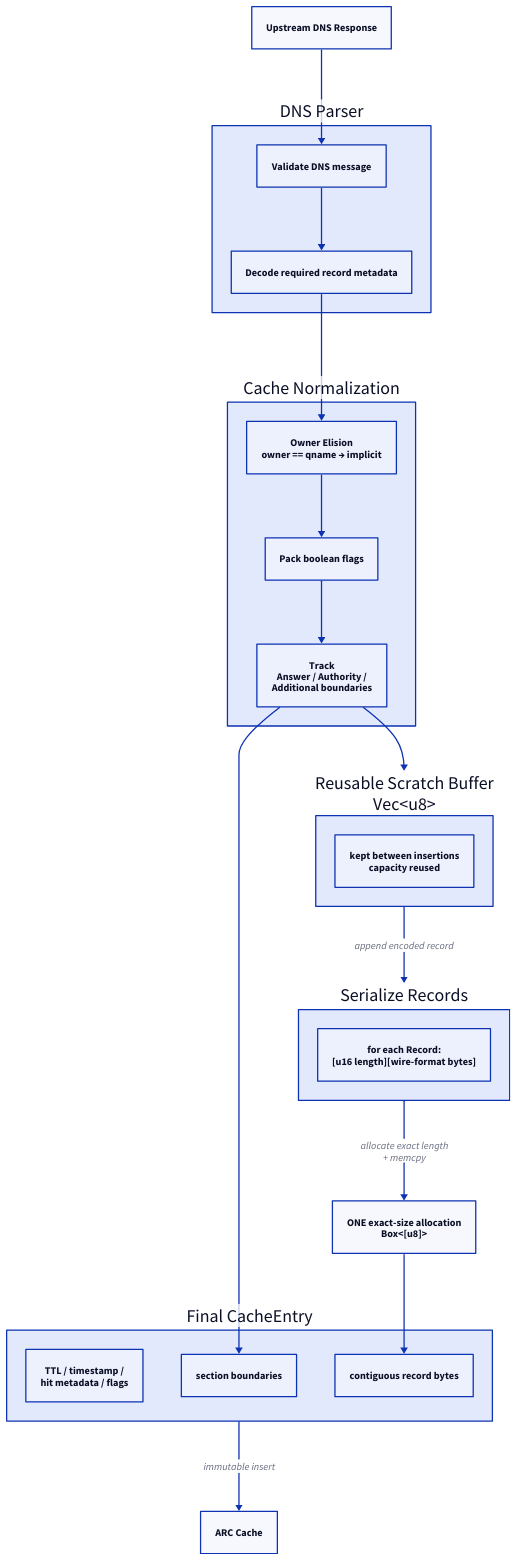
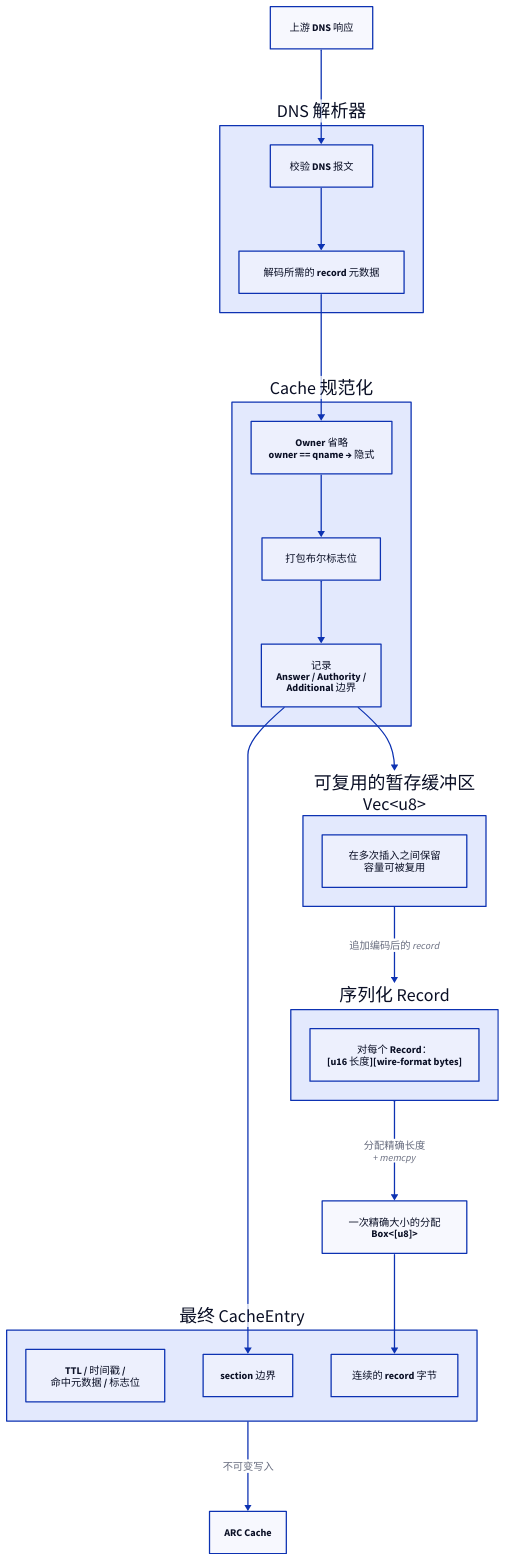
One commit to Disdjj/blog changed the eighth of 11 diagrams in content/posts/how-cloudflare-1111-saved-100-tb-of-memory-by-refactoring-dns-cache-memory-layout-by-chatgpt-mh23d.md. Above: the diagram before and after it, drawn with D2. The commit also changed other lines of this file, not shown here.

````diff
--- a/content/posts/how-cloudflare-1111-saved-100-tb-of-memory-by-refactoring-dns-cache-memory-layout-by-chatgpt-mh23d.md
+++ b/content/posts/how-cloudflare-1111-saved-100-tb-of-memory-by-refactoring-dns-cache-memory-layout-by-chatgpt-mh23d.md
@@ -1264,56 +1262,56 @@
 ```d2
 direction: down
 
-upstream: "Upstream DNS Response"
+upstream: "上游 DNS 响应"
 
-parse: "DNS Parser" {
-  validate: "Validate DNS message"
-  decode: "Decode required record metadata"
+parse: "DNS 解析器" {
+  validate: "校验 DNS 报文"
+  decode: "解码所需的 record 元数据"
 }
 
-normalize: "Cache Normalization" {
-  owner: "Owner Elision\nowner == qname → implicit"
+normalize: "Cache 规范化" {
+  owner: "Owner 省略\nowner == qname → 隐式"
 
-  flags: "Pack boolean flags"
+  flags: "打包布尔标志位"
 
-  sections: "Track\nAnswer / Authority /\nAdditional boundaries"
+  sections: "记录\nAnswer / Authority /\nAdditional 边界"
 }
 
-scratch: "Reusable Scratch Buffer\nVec<u8>" {
-  note: "kept between insertions\ncapacity reused"
+scratch: "可复用的暂存缓冲区\nVec<u8>" {
+  note: "在多次插入之间保留\n容量可被复用"
 }
 
-serialize: "Serialize Records" {
-  layout: "for each Record:\n[u16 length][wire-format bytes]"
+serialize: "序列化 Record" {
+  layout: "对每个 Record：\n[u16 长度][wire-format bytes]"
 }
 
-allocate: "ONE exact-size allocation\nBox<[u8]>"
+allocate: "一次精确大小的分配\nBox<[u8]>"
 
-entry: "Final CacheEntry" {
-  meta: "TTL / timestamp /\nhit metadata / flags"
+entry: "最终 CacheEntry" {
+  meta: "TTL / 时间戳 /\n命中元数据 / 标志位"
 
-  section_meta: "section boundaries"
+  section_meta: "section 边界"
 
-  data: "contiguous record bytes"
+  data: "连续的 record 字节"
 }
 
 arc: "ARC Cache"
 
 upstream -> parse.validate
 parse.validate -> parse.decode
 
 parse.decode -> normalize.owner
 normalize.owner -> normalize.flags
 normalize.flags -> normalize.sections
 
 normalize.sections -> scratch
 
-scratch -> serialize: "append encoded record"
+scratch -> serialize: "追加编码后的 record"
 
-serialize -> allocate: "allocate exact length\n+ memcpy"
+serialize -> allocate: "分配精确长度\n+ memcpy"
 
 allocate -> entry.data
 normalize.sections -> entry.section_meta
 
-entry -> arc: "immutable insert"
+entry -> arc: "不可变写入"
 ```
````
